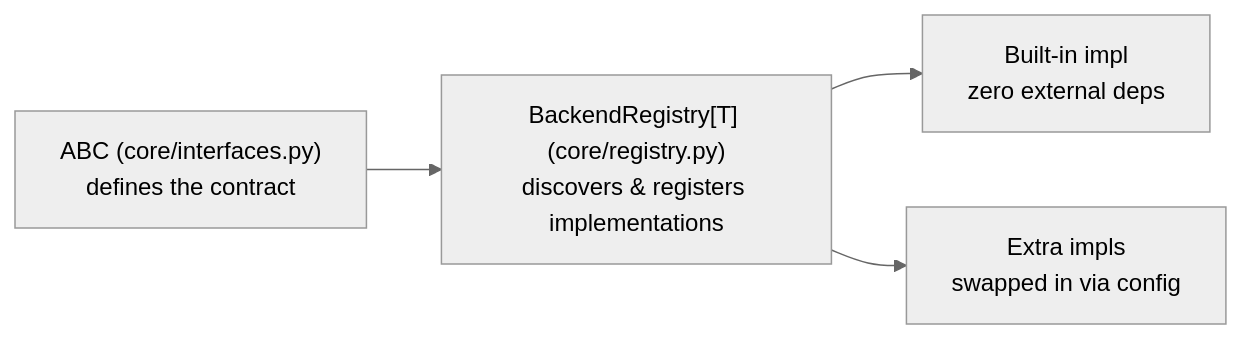
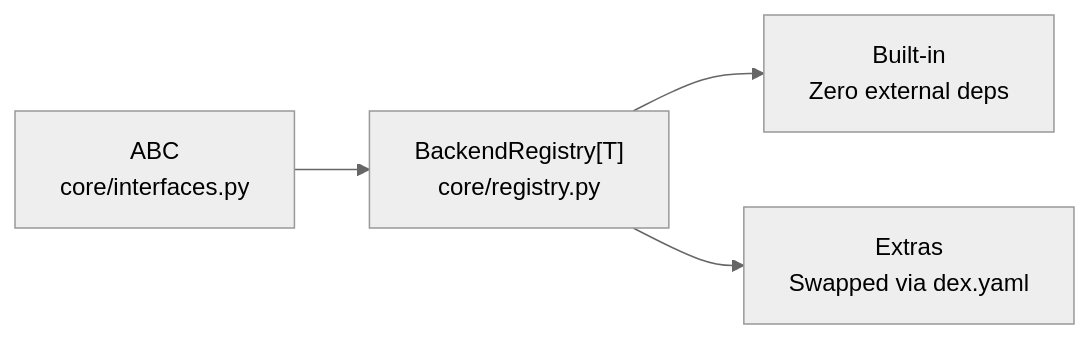
The second of 8 diagrams in docs/architecture.md (TheDataEngineX/dataenginex), drawn with Mermaid (neutral theme) before and after one commit. The commit also changed other lines of this file and 9 other files, not shown here.

````diff
--- a/docs/architecture.md
+++ b/docs/architecture.md
@@ -31,6 +103,6 @@
 ```mermaid
 flowchart LR
-    ABC["ABC (core/interfaces.py)<br/>defines the contract"] --> Registry["BackendRegistry[T] (core/registry.py)<br/>discovers & registers implementations"]
-    Registry --> Builtin["Built-in impl<br/>zero external deps"]
-    Registry --> Extras["Extra impls<br/>swapped in via config"]
+    ABC["ABC<br/>core/interfaces.py"] --> Registry["BackendRegistry[T]<br/>core/registry.py"]
+    Registry --> Builtin["Built-in<br/>Zero external deps"]
+    Registry --> Extras["Extras<br/>Swapped via dex.yaml"]
 ```
````
